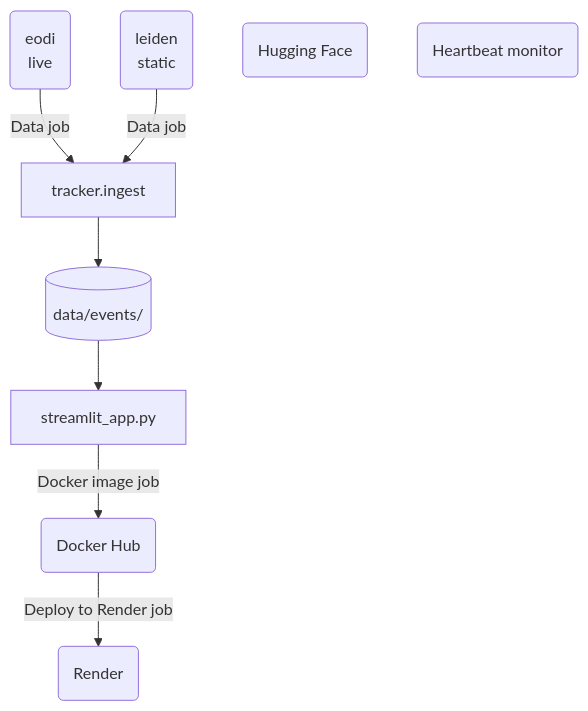
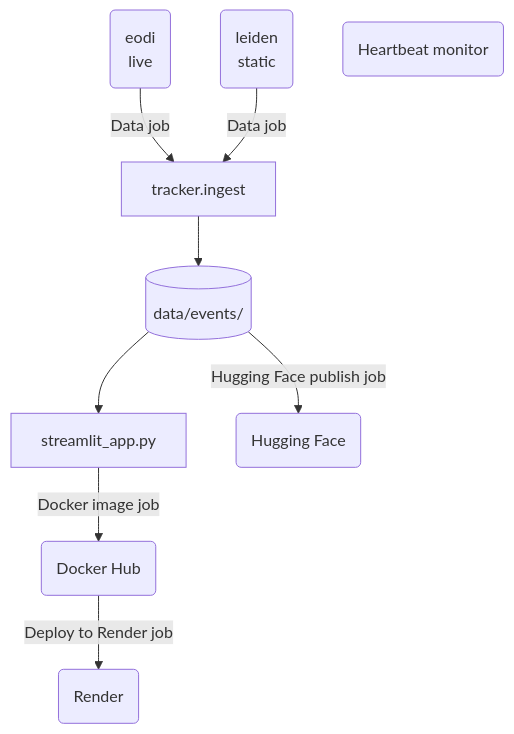
The first of 3 diagrams in docs/architecture.md (tryph0n/hybrid-tracker), drawn with Mermaid before and after one commit. The commit also changed 1 other file, not shown here.

Commit message:
docs(architecture): draw the publish step writing to Hugging Face
The Hugging Face node had no incoming edge. The publish step sends tables
built from the stored events, so the diagram now shows that edge.

Refs #44

````diff
--- a/docs/architecture.md
+++ b/docs/architecture.md
@@ -27,18 +27,19 @@
 ```mermaid
 flowchart TB
   source_eodi("eodi<br/>live")
   source_leiden("leiden<br/>static")
   ingest["tracker.ingest"]
   events[("data/events/")]
   app["streamlit_app.py"]
   service_Docker_Hub("Docker Hub")
   service_Render("Render")
   service_Hugging_Face("Hugging Face")
   service_Heartbeat_monitor("Heartbeat monitor")
   source_eodi -->|"Data job"| ingest
   source_leiden -->|"Data job"| ingest
   ingest --> events
   events --> app
   app -->|"Docker image job"| service_Docker_Hub
   service_Docker_Hub -->|"Deploy to Render job"| service_Render
+  events -->|"Hugging Face publish job"| service_Hugging_Face
 ```
````
